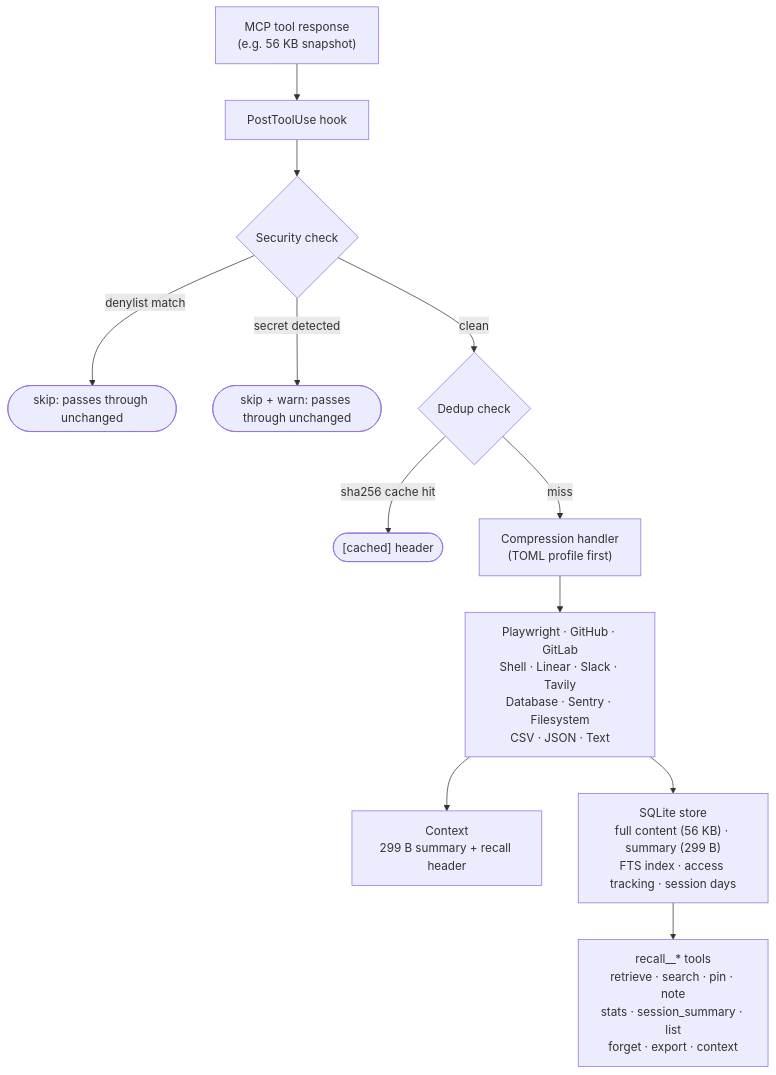
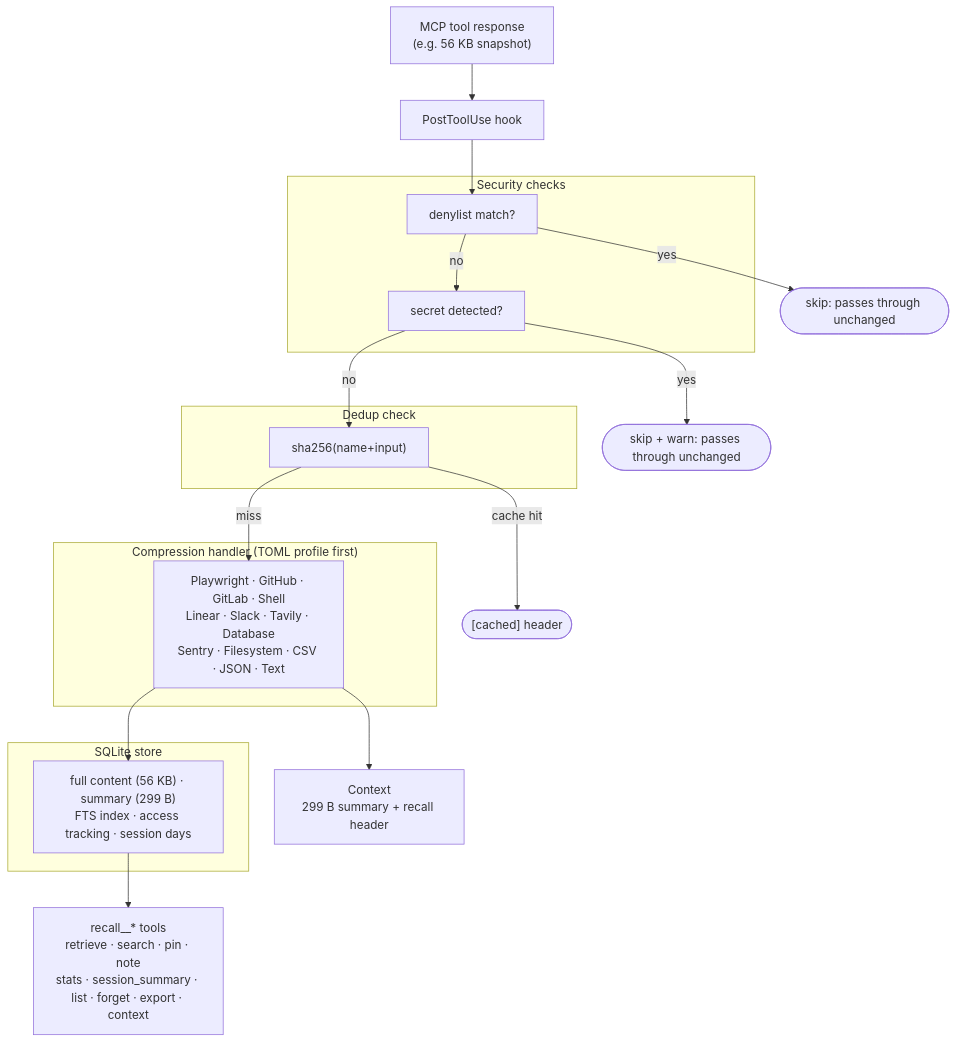
One commit to sakebomb/mcp-recall changed the diagram in README.md. Above: the diagram before and after it, drawn with Mermaid.

Commit message:
docs: use subgraph blocks for blockier mermaid diagram

````diff
--- a/README.md
+++ b/README.md
@@ -20,19 +20,35 @@
 ```mermaid
 flowchart TD
     A["MCP tool response<br/>(e.g. 56 KB snapshot)"] --> B[PostToolUse hook]
 
-    B --> SEC{Security check}
-    SEC -- "denylist match" --> P1([skip: passes through unchanged])
-    SEC -- "secret detected" --> P2([skip + warn: passes through unchanged])
-    SEC -- clean --> DEDUP{Dedup check}
+    subgraph SEC["Security checks"]
+        DENY[denylist match?]
+        SCRT[secret detected?]
+    end
 
-    DEDUP -- "sha256 cache hit" --> CACHED(["[cached] header"])
-    DEDUP -- miss --> HANDLER["Compression handler<br/>(TOML profile first)"]
+    B --> DENY
+    DENY -- yes --> P1([skip: passes through unchanged])
+    DENY -- no --> SCRT
+    SCRT -- yes --> P2([skip + warn: passes through unchanged])
+    SCRT -- no --> DEDUP_N
 
-    HANDLER --> TYPES["Playwright · GitHub · GitLab<br/>Shell · Linear · Slack · Tavily<br/>Database · Sentry · Filesystem<br/>CSV · JSON · Text"]
+    subgraph DEDUP["Dedup check"]
+        DEDUP_N["sha256(name+input)"]
+    end
 
-    TYPES --> CTX["Context<br/>299 B summary + recall header"]
-    TYPES --> DB["SQLite store<br/>full content (56 KB) · summary (299 B)<br/>FTS index · access tracking · session days"]
+    DEDUP_N -- "cache hit" --> CACHED(["[cached] header"])
+    DEDUP_N -- miss --> HAND_N
 
-    DB --> TOOLS["recall__* tools<br/>retrieve · search · pin · note<br/>stats · session_summary · list<br/>forget · export · context"]
+    subgraph HANDLER["Compression handler (TOML profile first)"]
+        HAND_N["Playwright · GitHub · GitLab · Shell<br/>Linear · Slack · Tavily · Database<br/>Sentry · Filesystem · CSV · JSON · Text"]
+    end
+
+    HAND_N --> CTX["Context<br/>299 B summary + recall header"]
+    HAND_N --> DB_N
+
+    subgraph DB["SQLite store"]
+        DB_N["full content (56 KB) · summary (299 B)<br/>FTS index · access tracking · session days"]
+    end
+
+    DB_N --> TOOLS["recall__* tools<br/>retrieve · search · pin · note<br/>stats · session_summary · list · forget · export · context"]
 ```
````
